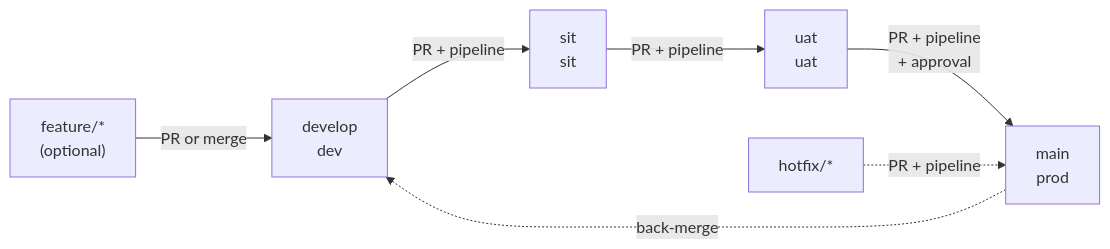
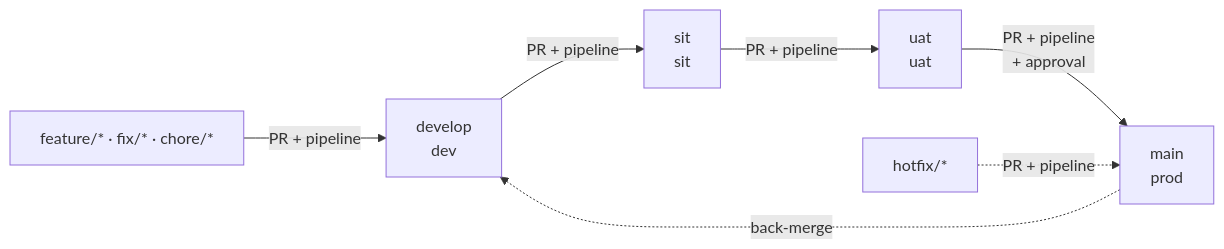
One commit to sejaltech994/coaching-centre-fee-app changed the diagram in docs/branching-and-environments.md. Above: the diagram before and after it, drawn with Mermaid. The commit also changed other lines of this file and 2 other files, not shown here.

First line of the commit message:
Require pull requests into develop as well

````diff
--- a/docs/branching-and-environments.md
+++ b/docs/branching-and-environments.md
@@ -18,9 +18,9 @@
 ```mermaid
 flowchart LR
-    F["feature/*<br/>(optional)"] -->|PR or merge| D["develop<br/>dev"]
+    F["feature/* · fix/* · chore/*"] -->|PR + pipeline| D["develop<br/>dev"]
     D -->|PR + pipeline| S["sit<br/>sit"]
     S -->|PR + pipeline| U["uat<br/>uat"]
     U -->|PR + pipeline<br/>+ approval| M["main<br/>prod"]
     H["hotfix/*"] -.->|PR + pipeline| M
     M -.->|back-merge| D
 ```
````
